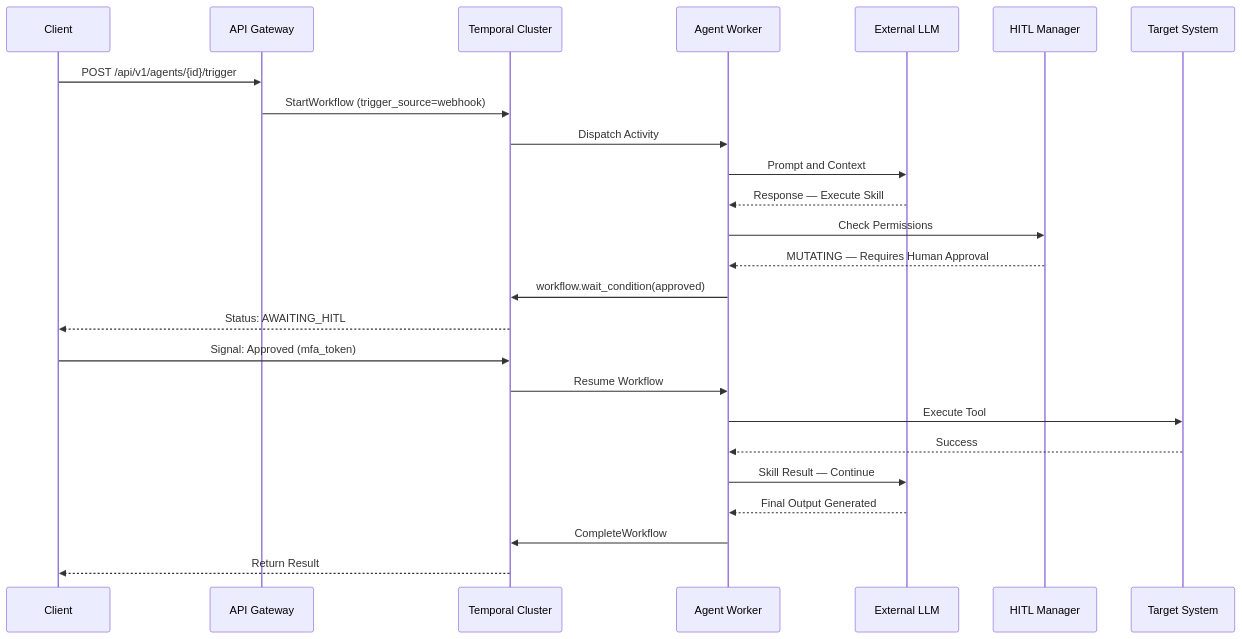
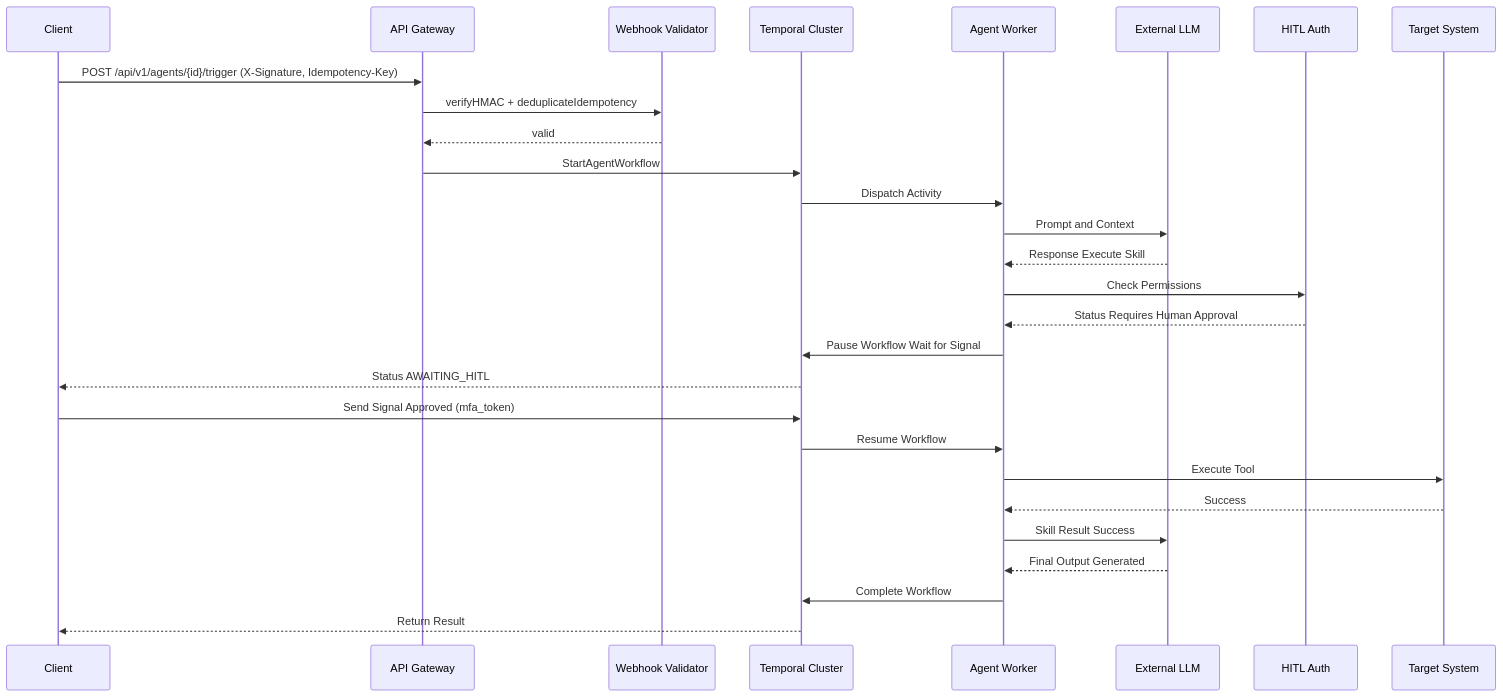
The fourth of 6 diagrams in architecture.md (rayarun/a1-agent-engine), drawn with Mermaid before and after one commit. The commit also changed other lines of this file and 1 other file, not shown here.

First line of the commit message:
Docs: Promote worktree architecture and requirements revisions to main

````diff
--- a/architecture.md
+++ b/architecture.md
@@ -224,29 +277,32 @@
 ```mermaid
 sequenceDiagram
     participant Client as Client
     participant Gateway as API Gateway
+    participant Validator as Webhook Validator
     participant Temp as Temporal Cluster
     participant Worker as Agent Worker
     participant LLM as External LLM
-    participant Auth as HITL Manager
+    participant Auth as HITL Auth
     participant Tool as Target System
 
-    Client->>Gateway: POST /api/v1/agents/{id}/trigger
-    Gateway->>Temp: StartWorkflow (trigger_source=webhook)
+    Client->>Gateway: POST /api/v1/agents/{id}/trigger (X-Signature, Idempotency-Key)
+    Gateway->>Validator: verifyHMAC + deduplicateIdempotency
+    Validator-->>Gateway: valid
+    Gateway->>Temp: StartAgentWorkflow
     Temp->>Worker: Dispatch Activity
     Worker->>LLM: Prompt and Context
-    LLM-->>Worker: Response — Execute Skill
+    LLM-->>Worker: Response Execute Skill
     Worker->>Auth: Check Permissions
-    Auth-->>Worker: MUTATING — Requires Human Approval
-    Worker->>Temp: workflow.wait_condition(approved)
-    Temp-->>Client: Status: AWAITING_HITL
+    Auth-->>Worker: Status Requires Human Approval
+    Worker->>Temp: Pause Workflow Wait for Signal
+    Temp-->>Client: Status AWAITING_HITL
 
-    Client->>Temp: Signal: Approved (mfa_token)
+    Client->>Temp: Send Signal Approved (mfa_token)
     Temp->>Worker: Resume Workflow
     Worker->>Tool: Execute Tool
     Tool-->>Worker: Success
-    Worker->>LLM: Skill Result — Continue
+    Worker->>LLM: Skill Result Success
     LLM-->>Worker: Final Output Generated
-    Worker->>Temp: CompleteWorkflow
+    Worker->>Temp: Complete Workflow
     Temp-->>Client: Return Result
 ```
````
